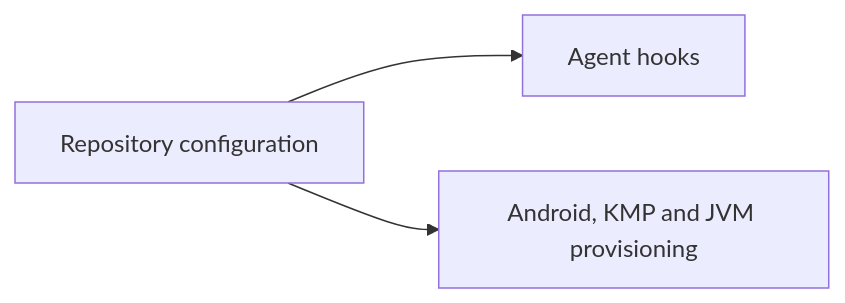
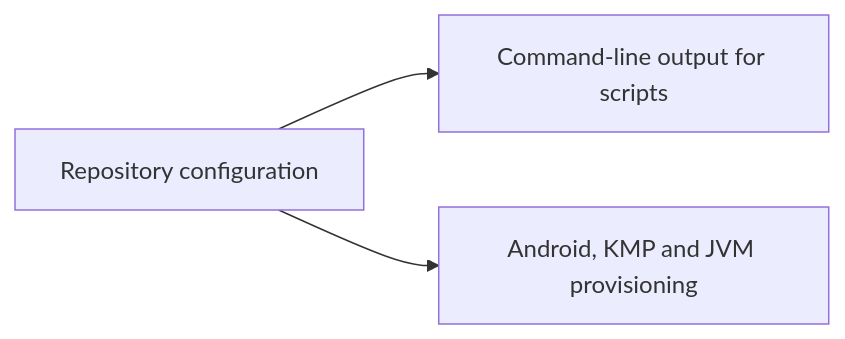
One commit to LuxionServer/ShogunAi changed the diagram in docs/roadmap.md. Above: the diagram before and after it, drawn with Mermaid. The commit also changed other lines of this file and 25 other files, not shown here.

````diff
--- a/docs/roadmap.md
+++ b/docs/roadmap.md
@@ -17,5 +17,5 @@
 ```mermaid
 graph LR
-    A["Repository configuration"] --> B["Agent hooks"]
+    A["Repository configuration"] --> B["Command-line output for scripts"]
     A --> D["Android, KMP and JVM provisioning"]
 ```
````
